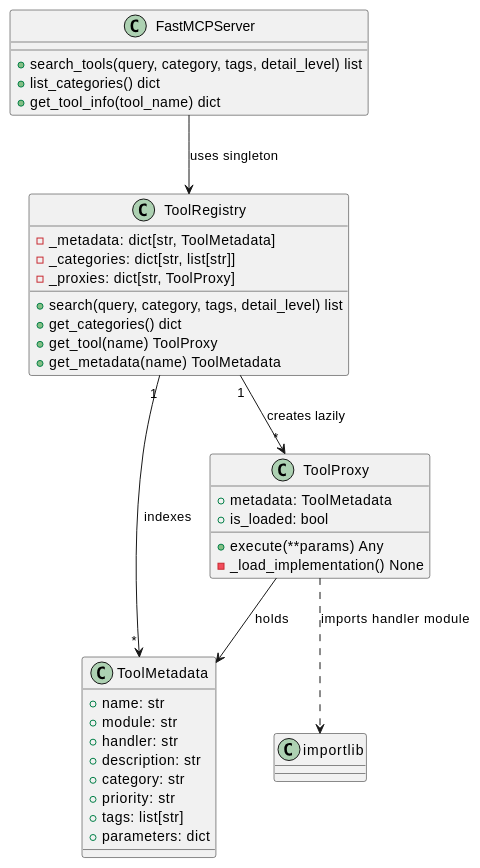
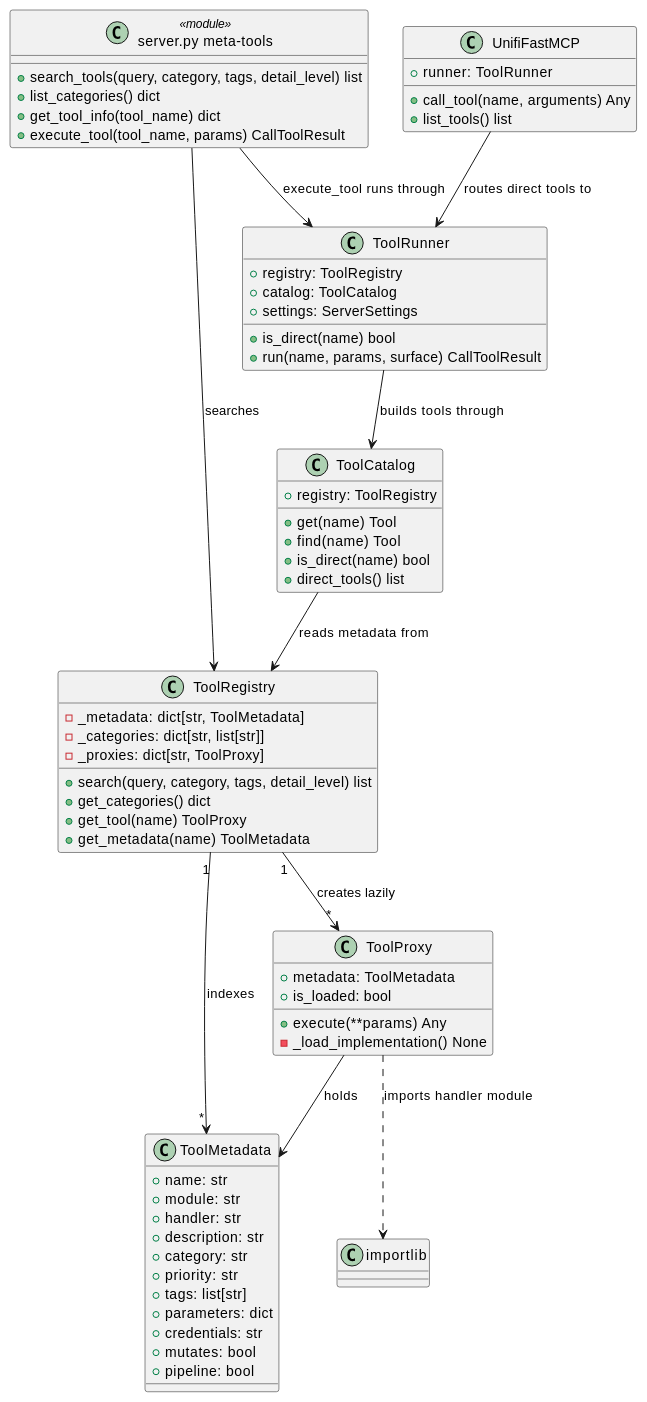
The second of 4 diagrams in docs/architecture/providers/mcp-automation.md (NetDevAutomate/unifi_management_cli), drawn with PlantUML before and after one commit. The commit also changed 2 other files, not shown here.

Commit message:
docs(architecture): match the class views to the code
An AST check of every class diagram against src/ found members that
don't exist:

- codemap.md: STPTopology.tier_assignments and SwitchSTPConfig's
  bridge_priority and ports; the models hold root_bridge_priority,
  loops_detected, current_priority, optimal_priority, hierarchy_tier
  and port_states;
- unifi-protect-mqtt.md: EventHandler.unsubscribe and _dispatch, and
  MQTTBridge._publish_event; models.py holds Pydantic models, not
  dataclasses, and repository.py is a device cache;
- mcp-automation.md: a FastMCPServer class that isn't in the code. The
  view now shows the server.py meta-tools, UnifiFastMCP, ToolRunner and
  ToolCatalog next to the registry classes.

````diff
--- a/docs/architecture/providers/mcp-automation.md
+++ b/docs/architecture/providers/mcp-automation.md
@@ -60,43 +60,73 @@
 ```plantuml
 @startuml MCPAutomationClasses
-class FastMCPServer {
+class "server.py meta-tools" as MetaTools <<module>> {
   +search_tools(query, category, tags, detail_level) list
   +list_categories() dict
   +get_tool_info(tool_name) dict
+  +execute_tool(tool_name, params) CallToolResult
+}
+
+class UnifiFastMCP {
+  +runner: ToolRunner
+  +call_tool(name, arguments) Any
+  +list_tools() list
+}
+
+class ToolRunner {
+  +registry: ToolRegistry
+  +catalog: ToolCatalog
+  +settings: ServerSettings
+  +is_direct(name) bool
+  +run(name, params, surface) CallToolResult
+}
+
+class ToolCatalog {
+  +registry: ToolRegistry
+  +get(name) Tool
+  +find(name) Tool
+  +is_direct(name) bool
+  +direct_tools() list
 }
 
 class ToolMetadata {
   +name: str
   +module: str
   +handler: str
   +description: str
   +category: str
   +priority: str
   +tags: list[str]
   +parameters: dict
+  +credentials: str
+  +mutates: bool
+  +pipeline: bool
 }
 
 class ToolProxy {
   +metadata: ToolMetadata
   +execute(**params) Any
   +is_loaded: bool
   -_load_implementation() None
 }
 
 class ToolRegistry {
   -_metadata: dict[str, ToolMetadata]
   -_categories: dict[str, list[str]]
   -_proxies: dict[str, ToolProxy]
   +search(query, category, tags, detail_level) list
   +get_categories() dict
   +get_tool(name) ToolProxy
   +get_metadata(name) ToolMetadata
 }
 
-FastMCPServer --> ToolRegistry : uses singleton
+MetaTools --> ToolRegistry : searches
+MetaTools --> ToolRunner : execute_tool runs through
+UnifiFastMCP --> ToolRunner : routes direct tools to
+ToolRunner --> ToolCatalog : builds tools through
+ToolCatalog --> ToolRegistry : reads metadata from
 ToolRegistry "1" --> "*" ToolMetadata : indexes
 ToolRegistry "1" --> "*" ToolProxy : creates lazily
 ToolProxy --> ToolMetadata : holds
 ToolProxy ..> "importlib" : imports handler module
 @enduml
 ```
````
